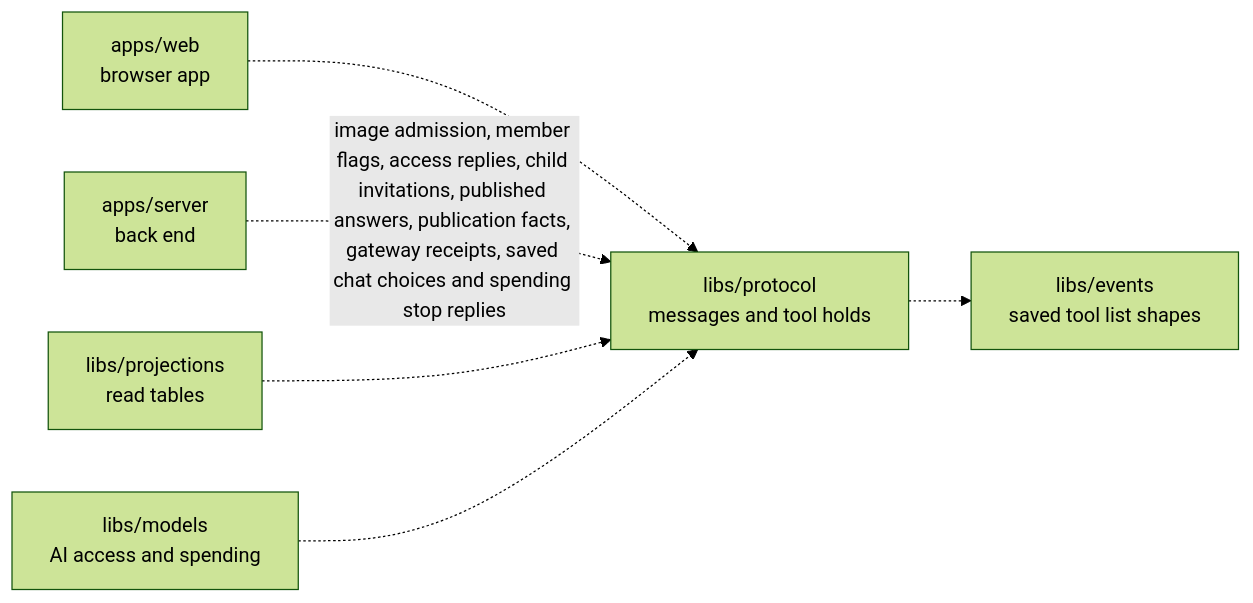
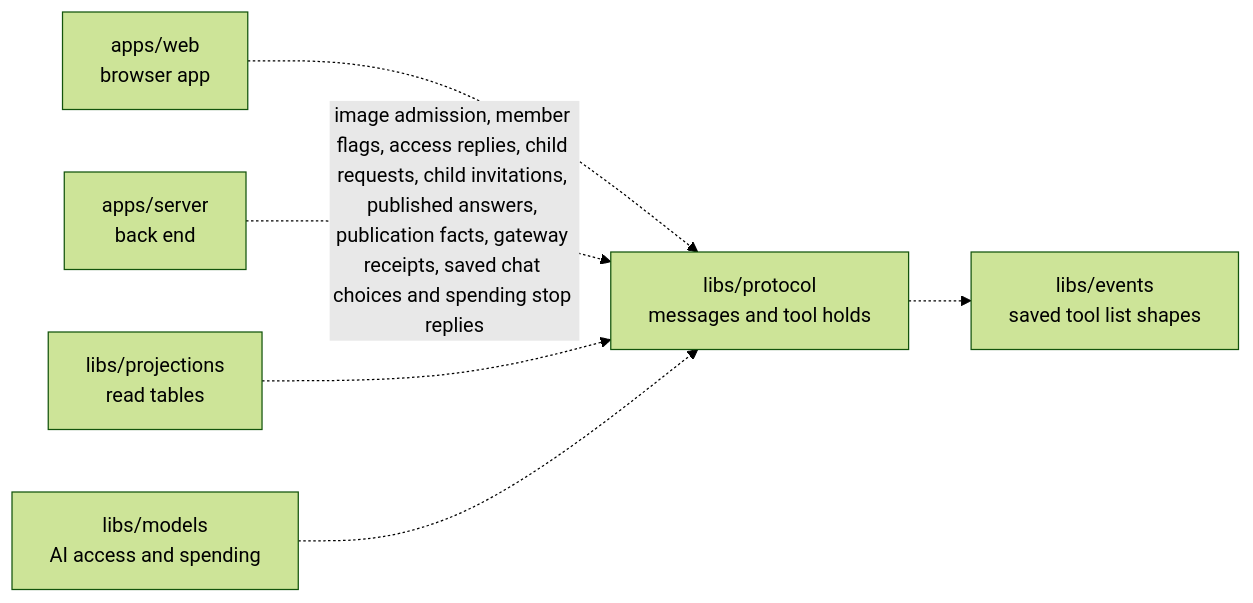
Before and after one commit to elewa-git/opencrane-new: the diagram in libs/protocol/README.md, drawn with Mermaid (forest theme). The commit also changed other lines of this file and 17 other files, not shown here.

````diff
--- a/libs/protocol/README.md
+++ b/libs/protocol/README.md
@@ -11,8 +11,8 @@
 ```mermaid
 flowchart LR
   web["apps/web<br/>browser app"] -.-> protocol["libs/protocol<br/>messages and tool holds"]
-  server["apps/server<br/>back end"] -.->|image admission, member flags, access replies, child invitations, published answers, publication facts, gateway receipts, saved chat choices and spending stop replies| protocol
+  server["apps/server<br/>back end"] -.->|image admission, member flags, access replies, child requests, child invitations, published answers, publication facts, gateway receipts, saved chat choices and spending stop replies| protocol
   projections["libs/projections<br/>read tables"] -.-> protocol
   models["libs/models<br/>AI access and spending"] -.-> protocol
   protocol -.-> events["libs/events<br/>saved tool list shapes"]
 ```
````
